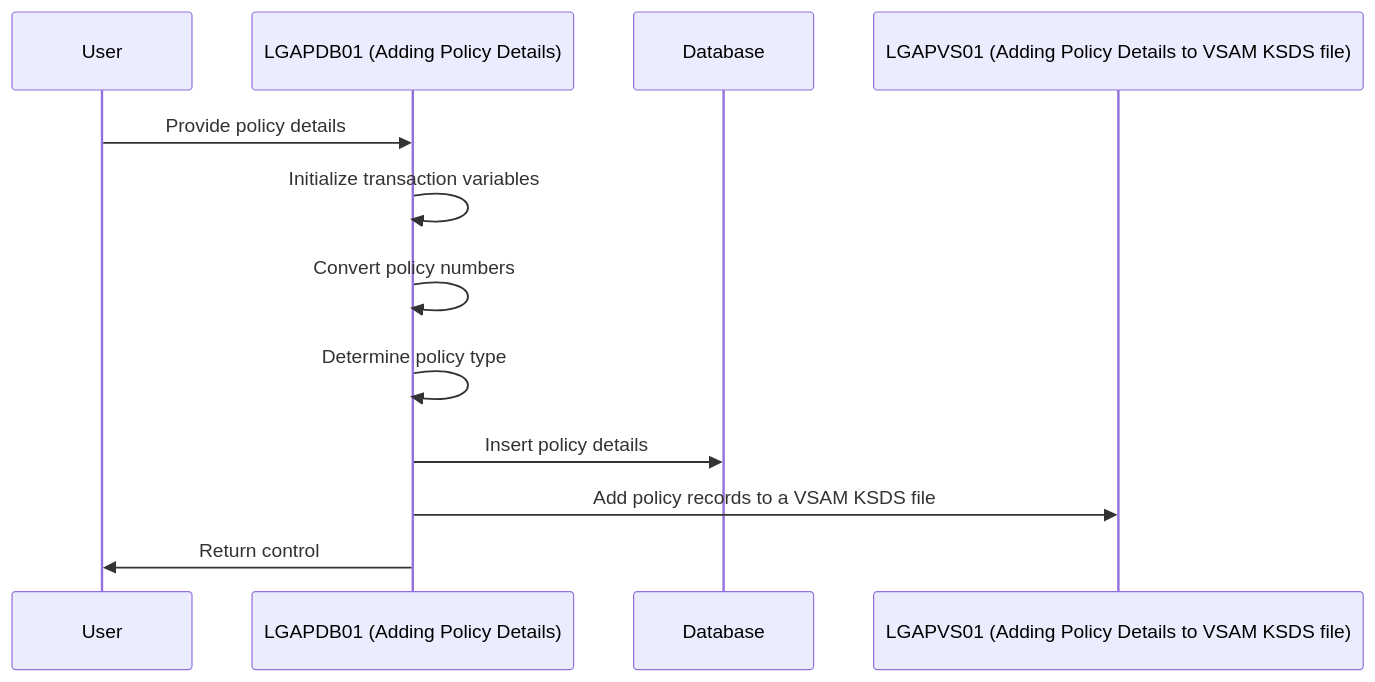
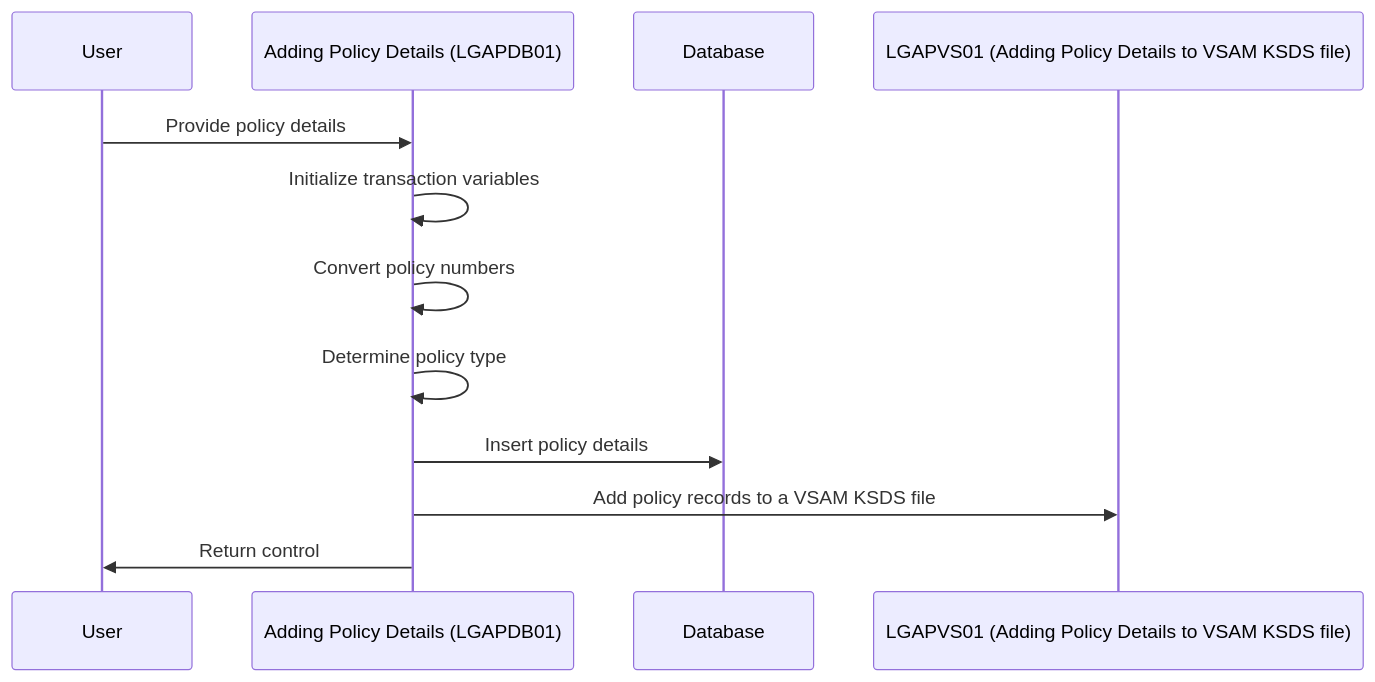
The first of 3 diagrams in .swm/adding-policy-details-lgapdb01.qwlyg8t4.sw.md (Swimm-Demo/kyndryl-cics-genapp), drawn with Mermaid before and after one commit.

Commit message:
consistent parantheses

````diff
--- a/.swm/adding-policy-details-lgapdb01.qwlyg8t4.sw.md
+++ b/.swm/adding-policy-details-lgapdb01.qwlyg8t4.sw.md
@@ -14,26 +14,26 @@
 ```mermaid
 sequenceDiagram
   participant User
-  participant LGAPDB01 (Adding Policy Details)
+  participant Adding Policy Details (LGAPDB01)
   participant Database
-  User->>LGAPDB01 (Adding Policy Details): Provide policy details
-  LGAPDB01 (Adding Policy Details)->>LGAPDB01 (Adding Policy Details): Initialize transaction variables
-  LGAPDB01 (Adding Policy Details)->>LGAPDB01 (Adding Policy Details): Convert policy numbers
-  LGAPDB01 (Adding Policy Details)->>LGAPDB01 (Adding Policy Details): Determine policy type
-  LGAPDB01 (Adding Policy Details)->>Database: Insert policy details
-  LGAPDB01 (Adding Policy Details)->>LGAPVS01 (Adding Policy Details to VSAM KSDS file): Add policy records to a VSAM KSDS file
-  LGAPDB01 (Adding Policy Details)->>User: Return control
+  User->>Adding Policy Details (LGAPDB01): Provide policy details
+  Adding Policy Details (LGAPDB01) ->> Adding Policy Details (LGAPDB01): Initialize transaction variables
+  Adding Policy Details (LGAPDB01)->>Adding Policy Details (LGAPDB01): Convert policy numbers
+  Adding Policy Details (LGAPDB01)->>Adding Policy Details (LGAPDB01): Determine policy type
+  Adding Policy Details (LGAPDB01)->>Database: Insert policy details
+  Adding Policy Details (LGAPDB01)->>LGAPVS01 (Adding Policy Details to VSAM KSDS file) : Add policy records to a VSAM KSDS file
+  Adding Policy Details (LGAPDB01)->>User: Return control
 
 %% Swimm:
 %% sequenceDiagram
 %%   participant User
-%%   participant <SwmToken path="base/src/lgapdb01.cbl" pos="13:6:6" line-data="       PROGRAM-ID. LGAPDB01.">`LGAPDB01`</SwmToken> (Adding Policy Details)
+%%   participant Adding Policy Details (<SwmToken path="base/src/lgapdb01.cbl" pos="13:6:6" line-data="       PROGRAM-ID. LGAPDB01.">`LGAPDB01`</SwmToken>)
 %%   participant Database
-%%   User->><SwmToken path="base/src/lgapdb01.cbl" pos="13:6:6" line-data="       PROGRAM-ID. LGAPDB01.">`LGAPDB01`</SwmToken> (Adding Policy Details): Provide policy details
-%%   <SwmToken path="base/src/lgapdb01.cbl" pos="13:6:6" line-data="       PROGRAM-ID. LGAPDB01.">`LGAPDB01`</SwmToken> (Adding Policy Details)->><SwmToken path="base/src/lgapdb01.cbl" pos="13:6:6" line-data="       PROGRAM-ID. LGAPDB01.">`LGAPDB01`</SwmToken> (Adding Policy Details): Initialize transaction variables
-%%   <SwmToken path="base/src/lgapdb01.cbl" pos="13:6:6" line-data="       PROGRAM-ID. LGAPDB01.">`LGAPDB01`</SwmToken> (Adding Policy Details)->><SwmToken path="base/src/lgapdb01.cbl" pos="13:6:6" line-data="       PROGRAM-ID. LGAPDB01.">`LGAPDB01`</SwmToken> (Adding Policy Details): Convert policy numbers
-%%   <SwmToken path="base/src/lgapdb01.cbl" pos="13:6:6" line-data="       PROGRAM-ID. LGAPDB01.">`LGAPDB01`</SwmToken> (Adding Policy Details)->><SwmToken path="base/src/lgapdb01.cbl" pos="13:6:6" line-data="       PROGRAM-ID. LGAPDB01.">`LGAPDB01`</SwmToken> (Adding Policy Details): Determine policy type
-%%   <SwmToken path="base/src/lgapdb01.cbl" pos="13:6:6" line-data="       PROGRAM-ID. LGAPDB01.">`LGAPDB01`</SwmToken> (Adding Policy Details)->>Database: Insert policy details
-%%   <SwmToken path="base/src/lgapdb01.cbl" pos="13:6:6" line-data="       PROGRAM-ID. LGAPDB01.">`LGAPDB01`</SwmToken> (Adding Policy Details)->>LGAPVS01 (Adding Policy Details to VSAM KSDS file): Add policy records to a VSAM KSDS file
-%%   <SwmToken path="base/src/lgapdb01.cbl" pos="13:6:6" line-data="       PROGRAM-ID. LGAPDB01.">`LGAPDB01`</SwmToken> (Adding Policy Details)->>User: Return control
+%%   User->>Adding Policy Details (<SwmToken path="base/src/lgapdb01.cbl" pos="13:6:6" line-data="       PROGRAM-ID. LGAPDB01.">`LGAPDB01`</SwmToken>): Provide policy details
+%%   Adding Policy Details (<SwmToken path="base/src/lgapdb01.cbl" pos="13:6:6" line-data="       PROGRAM-ID. LGAPDB01.">`LGAPDB01`</SwmToken>) ->> Adding Policy Details (<SwmToken path="base/src/lgapdb01.cbl" pos="13:6:6" line-data="       PROGRAM-ID. LGAPDB01.">`LGAPDB01`</SwmToken>): Initialize transaction variables
+%%   Adding Policy Details (<SwmToken path="base/src/lgapdb01.cbl" pos="13:6:6" line-data="       PROGRAM-ID. LGAPDB01.">`LGAPDB01`</SwmToken>)->>Adding Policy Details (<SwmToken path="base/src/lgapdb01.cbl" pos="13:6:6" line-data="       PROGRAM-ID. LGAPDB01.">`LGAPDB01`</SwmToken>): Convert policy numbers
+%%   Adding Policy Details (<SwmToken path="base/src/lgapdb01.cbl" pos="13:6:6" line-data="       PROGRAM-ID. LGAPDB01.">`LGAPDB01`</SwmToken>)->>Adding Policy Details (<SwmToken path="base/src/lgapdb01.cbl" pos="13:6:6" line-data="       PROGRAM-ID. LGAPDB01.">`LGAPDB01`</SwmToken>): Determine policy type
+%%   Adding Policy Details (<SwmToken path="base/src/lgapdb01.cbl" pos="13:6:6" line-data="       PROGRAM-ID. LGAPDB01.">`LGAPDB01`</SwmToken>)->>Database: Insert policy details
+%%   Adding Policy Details (<SwmToken path="base/src/lgapdb01.cbl" pos="13:6:6" line-data="       PROGRAM-ID. LGAPDB01.">`LGAPDB01`</SwmToken>)->>LGAPVS01 (Adding Policy Details to VSAM KSDS file) : Add policy records to a VSAM KSDS file
+%%   Adding Policy Details (<SwmToken path="base/src/lgapdb01.cbl" pos="13:6:6" line-data="       PROGRAM-ID. LGAPDB01.">`LGAPDB01`</SwmToken>)->>User: Return control
 ```
````
